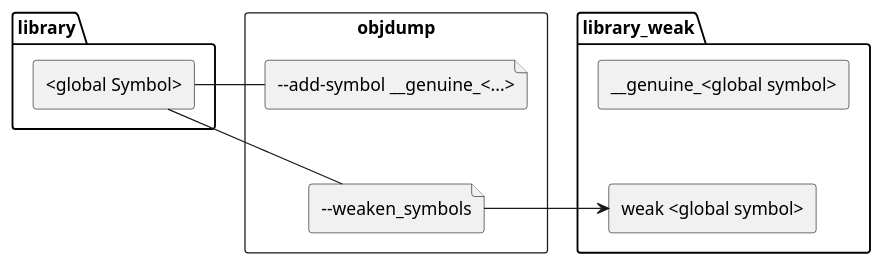
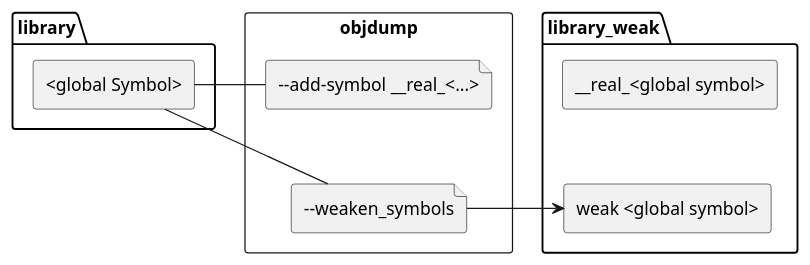
One commit to Elektrobit/elos changed the diagram in cmocka_extensions/documentation/images/weak_mocking_library.plantuml. Above: the diagram before and after it, drawn with PlantUML. The commit also changed 7 other files, not shown here.

Commit message:
Renamed __genuine_ mocks to __real_

```diff
--- a/cmocka_extensions/documentation/images/weak_mocking_library.plantuml
+++ b/cmocka_extensions/documentation/images/weak_mocking_library.plantuml
@@ -1,42 +1,42 @@
 @startuml
 package library as l {
 	rectangle "<global Symbol>" as gs
 	'rectangle "<static symbol>" as ss
 }
 
 package library_weak as lw {
 	rectangle "weak <global symbol>" as wgs
-	rectangle "__genuine_<global symbol>" as ggs
+	rectangle "__real_<global symbol>" as ggs
 	'rectangle "_<object name><--static-- symbol>" as gss
 }
 
 rectangle objdump {
 	file weaken [
 	--weaken_symbols
 	]
 	file genuine [
-	--add-symbol __genuine_<...>
+	--add-symbol __real_<...>
 	]
 	'file globalize [
 	'--globalize-symbols
 	'--redefine-syms
 	']
 }
 
 'gs -[hidden]--> ss
 
 genuine -[hidden]-> weaken
 'weaken -[hidden]-> globalize
 
 ggs -[hidden]-> wgs
 'wgs -[hidden]-> gss
 
 gs - genuine
 'genuine -> ggs
 
 gs - weaken
 weaken -> wgs
 
 'ss - globalize
 'globalize -> gss
 @enduml
```
